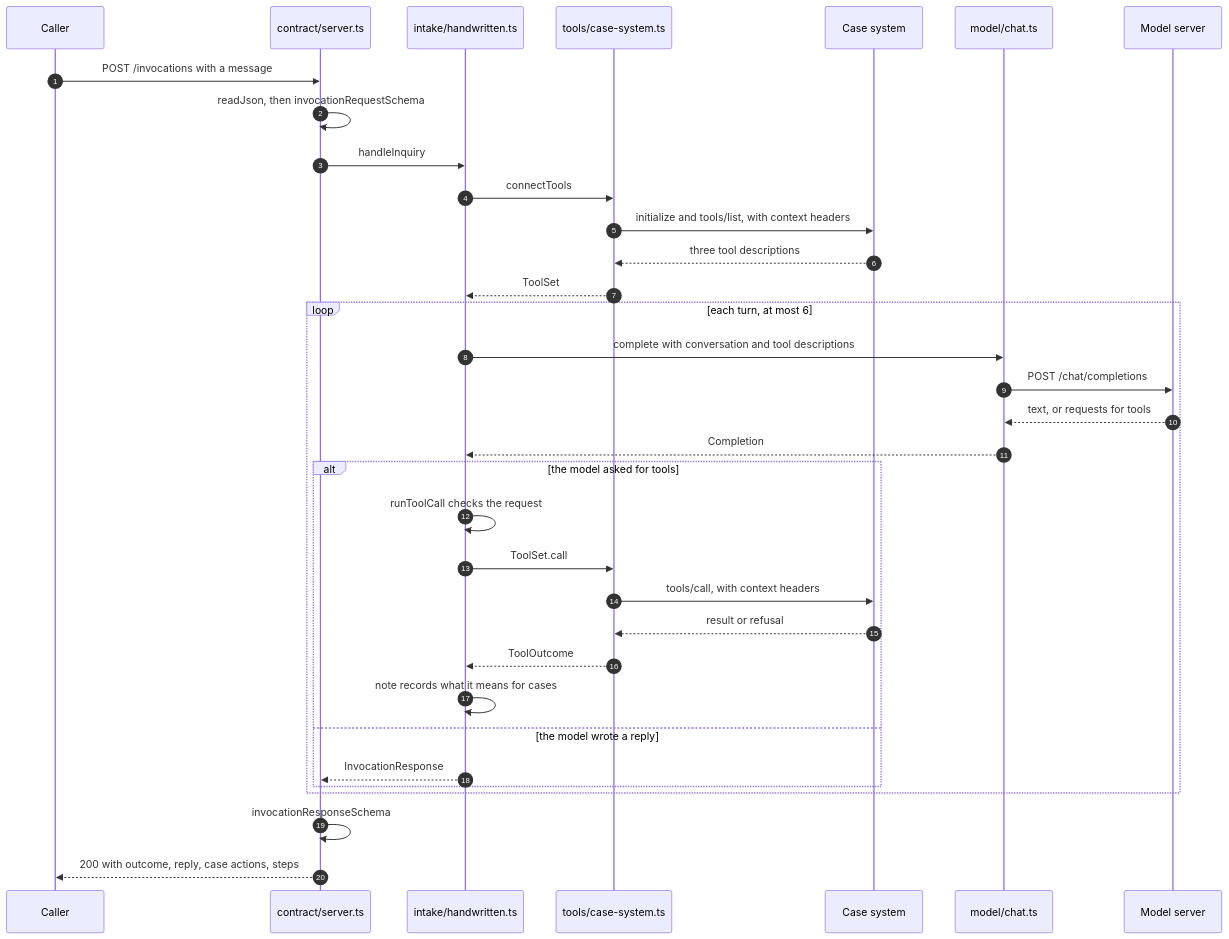
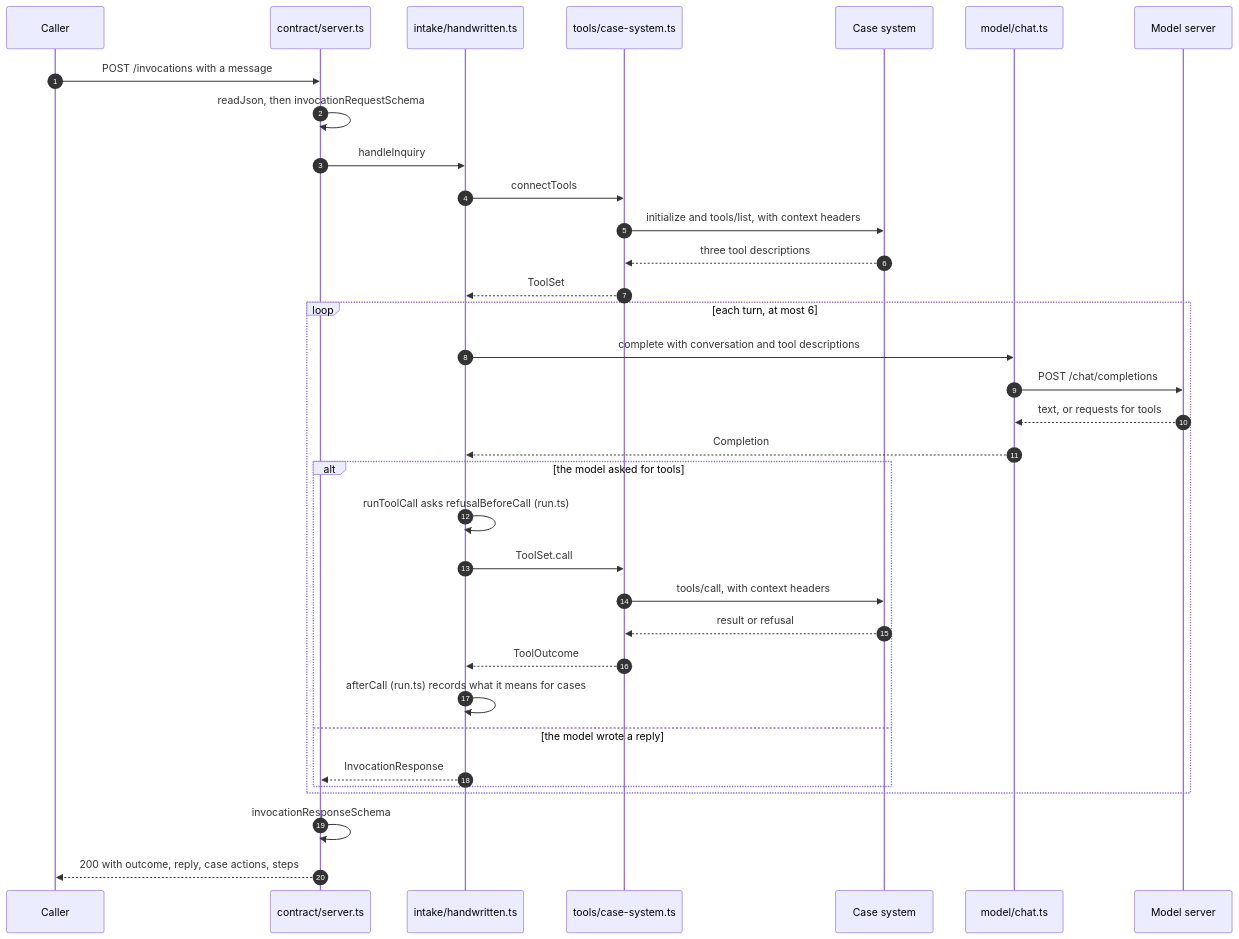
Before and after one commit to AndrewPHunter/ai-on-aws: the second of 4 diagrams in docs/architecture/intake-agent-handwritten.md, drawn with Mermaid. The commit also changed other lines of this file and 27 other files, not shown here.

````diff
--- a/docs/architecture/intake-agent-handwritten.md
+++ b/docs/architecture/intake-agent-handwritten.md
@@ -69,37 +78,37 @@
 ```mermaid
 sequenceDiagram
     autonumber
     participant C as Caller
     participant S as contract/server.ts
     participant L as intake/handwritten.ts
     participant T as tools/case-system.ts
     participant K as Case system
     participant M as model/chat.ts
     participant V as Model server
 
     C->>S: POST /invocations with a message
     S->>S: readJson, then invocationRequestSchema
     S->>L: handleInquiry
     L->>T: connectTools
     T->>K: initialize and tools/list, with context headers
     K-->>T: three tool descriptions
     T-->>L: ToolSet
     loop each turn, at most 6
         L->>M: complete with conversation and tool descriptions
         M->>V: POST /chat/completions
         V-->>M: text, or requests for tools
         M-->>L: Completion
         alt the model asked for tools
-            L->>L: runToolCall checks the request
+            L->>L: runToolCall asks refusalBeforeCall (run.ts)
             L->>T: ToolSet.call
             T->>K: tools/call, with context headers
             K-->>T: result or refusal
             T-->>L: ToolOutcome
-            L->>L: note records what it means for cases
+            L->>L: afterCall (run.ts) records what it means for cases
         else the model wrote a reply
             L-->>S: InvocationResponse
         end
     end
     S->>S: invocationResponseSchema
     S-->>C: 200 with outcome, reply, case actions, steps
 ```
````
